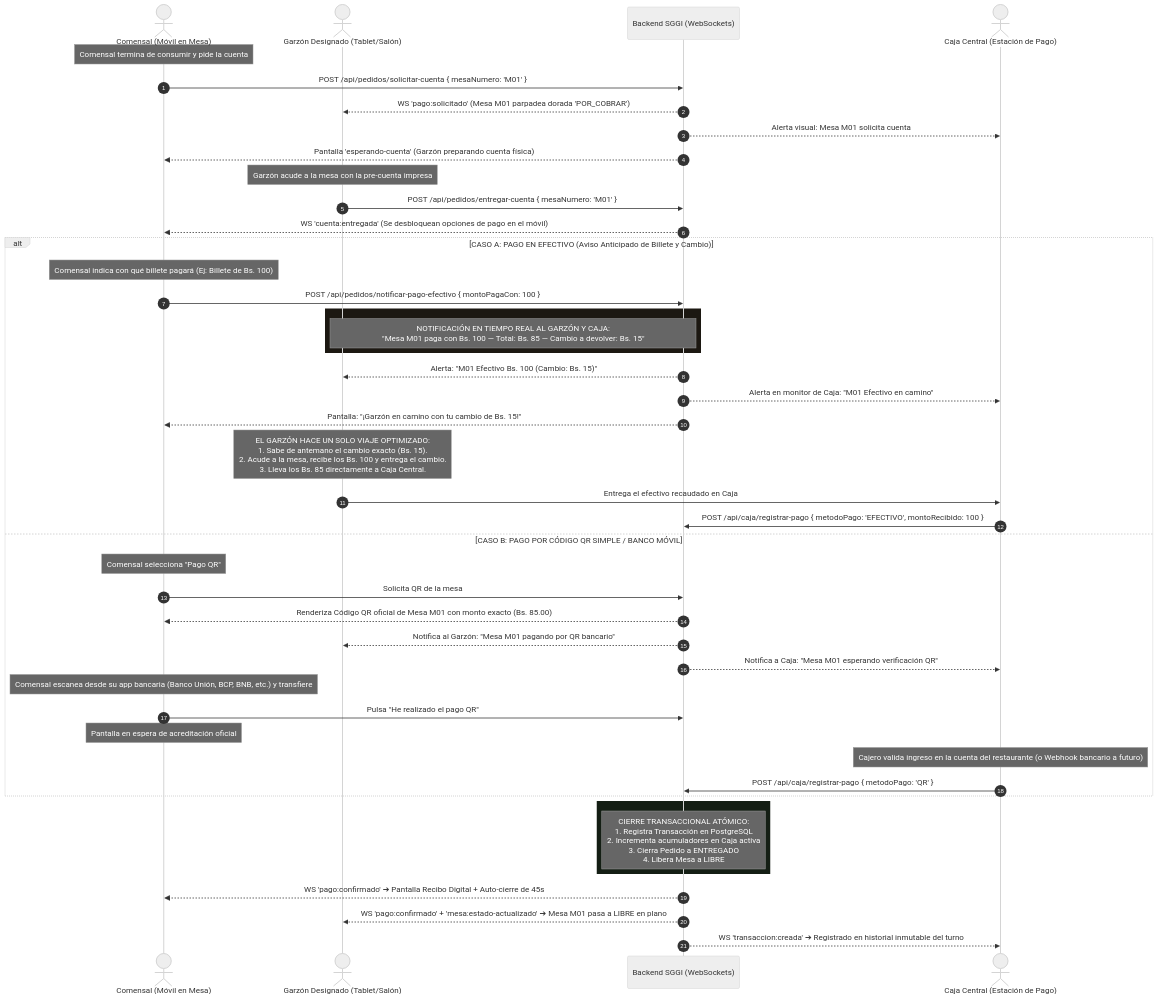
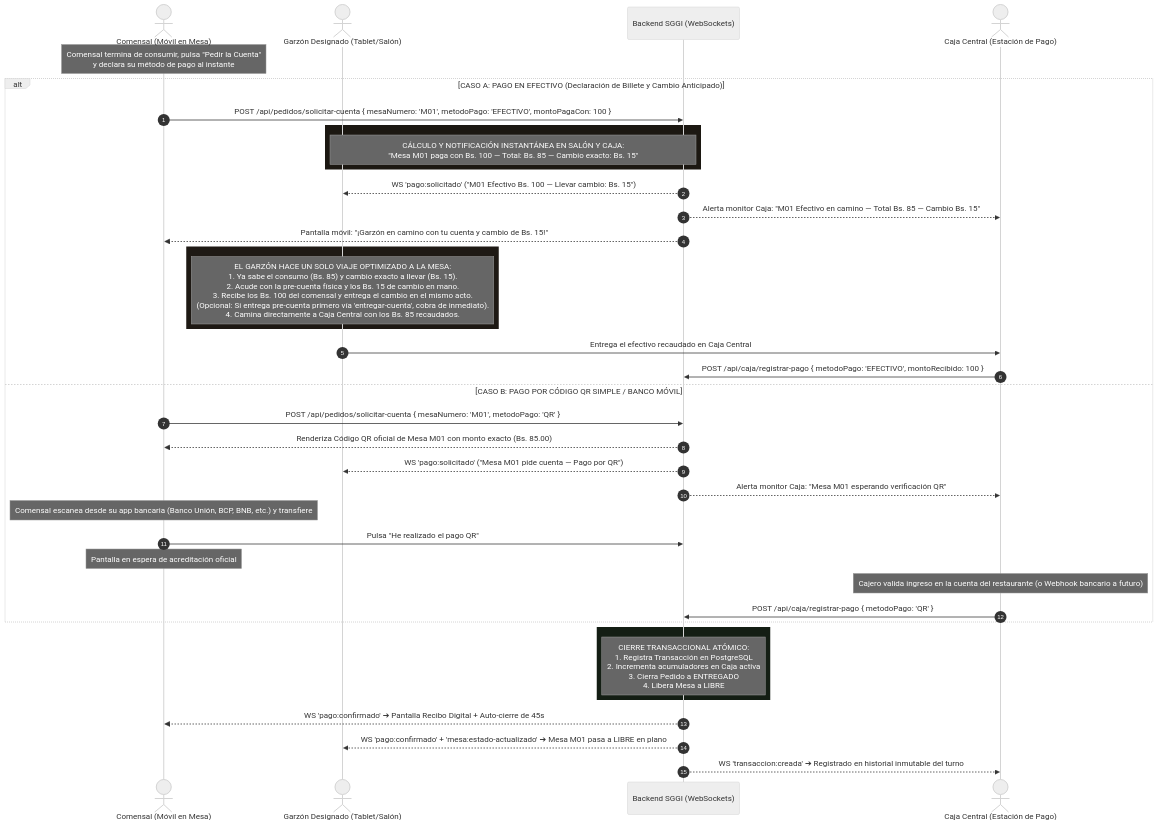
One commit to AronBks/Resturante changed the second of 3 diagrams in README.md. Above: the diagram before and after it, drawn with Mermaid (neutral theme). The commit also changed other lines of this file, not shown here.

Commit message:
docs: ajustar narrativa de viaje unico, variables Cloudinary y puerto client-app

````diff
--- a/README.md
+++ b/README.md
@@ -161,57 +166,49 @@
 ```mermaid
 sequenceDiagram
     autonumber
     actor C as Comensal (Móvil en Mesa)
     actor G as Garzón Designado (Tablet/Salón)
     participant SGGI as Backend SGGI (WebSockets)
     actor X as Caja Central (Estación de Pago)
 
-    Note over C: Comensal termina de consumir y pide la cuenta
-    C->>SGGI: POST /api/pedidos/solicitar-cuenta { mesaNumero: 'M01' }
-    SGGI-->>G: WS 'pago:solicitado' (Mesa M01 parpadea dorada 'POR_COBRAR')
-    SGGI-->>X: Alerta visual: Mesa M01 solicita cuenta
-    SGGI-->>C: Pantalla 'esperando-cuenta' (Garzón preparando cuenta física)
-
-    Note over G: Garzón acude a la mesa con la pre-cuenta impresa
-    G->>SGGI: POST /api/pedidos/entregar-cuenta { mesaNumero: 'M01' }
-    SGGI-->>C: WS 'cuenta:entregada' (Se desbloquean opciones de pago en el móvil)
-
-    alt CASO A: PAGO EN EFECTIVO (Aviso Anticipado de Billete y Cambio)
-        Note over C: Comensal indica con qué billete pagará (Ej: Billete de Bs. 100)
-        C->>SGGI: POST /api/pedidos/notificar-pago-efectivo { montoPagaCon: 100 }
+    Note over C: Comensal termina de consumir, pulsa "Pedir la Cuenta"<br/>y declara su método de pago al instante
+    alt CASO A: PAGO EN EFECTIVO (Declaración de Billete y Cambio Anticipado)
+        C->>SGGI: POST /api/pedidos/solicitar-cuenta { mesaNumero: 'M01', metodoPago: 'EFECTIVO', montoPagaCon: 100 }
         
         rect rgb(28, 24, 18)
-            Note over SGGI,G: NOTIFICACIÓN EN TIEMPO REAL AL GARZÓN Y CAJA:<br/>"Mesa M01 paga con Bs. 100 — Total: Bs. 85 — Cambio a devolver: Bs. 15"
+            Note over SGGI,G: CÁLCULO Y NOTIFICACIÓN INSTANTÁNEA EN SALÓN Y CAJA:<br/>"Mesa M01 paga con Bs. 100 — Total: Bs. 85 — Cambio exacto: Bs. 15"
         end
 
-        SGGI-->>G: Alerta: "M01 Efectivo Bs. 100 (Cambio: Bs. 15)"
-        SGGI-->>X: Alerta en monitor de Caja: "M01 Efectivo en camino"
-        SGGI-->>C: Pantalla: "¡Garzón en camino con tu cambio de Bs. 15!"
+        SGGI-->>G: WS 'pago:solicitado' ("M01 Efectivo Bs. 100 — Llevar cambio: Bs. 15")
+        SGGI-->>X: Alerta monitor Caja: "M01 Efectivo en camino — Total Bs. 85 — Cambio Bs. 15"
+        SGGI-->>C: Pantalla móvil: "¡Garzón en camino con tu cuenta y cambio de Bs. 15!"
 
-        Note over G: EL GARZÓN HACE UN SOLO VIAJE OPTIMIZADO:<br/>1. Sabe de antemano el cambio exacto (Bs. 15).<br/>2. Acude a la mesa, recibe los Bs. 100 y entrega el cambio.<br/>3. Lleva los Bs. 85 directamente a Caja Central.
-        G->>X: Entrega el efectivo recaudado en Caja
+        rect rgb(30, 25, 20)
+            Note over G: EL GARZÓN HACE UN SOLO VIAJE OPTIMIZADO A LA MESA:<br/>1. Ya sabe el consumo (Bs. 85) y cambio exacto a llevar (Bs. 15).<br/>2. Acude con la pre-cuenta física y los Bs. 15 de cambio en mano.<br/>3. Recibe los Bs. 100 del comensal y entrega el cambio en el mismo acto.<br/>(Opcional: Si entrega pre-cuenta primero vía 'entregar-cuenta', cobra de inmediato).<br/>4. Camina directamente a Caja Central con los Bs. 85 recaudados.
+        end
+
+        G->>X: Entrega el efectivo recaudado en Caja Central
         X->>SGGI: POST /api/caja/registrar-pago { metodoPago: 'EFECTIVO', montoRecibido: 100 }
 
     else CASO B: PAGO POR CÓDIGO QR SIMPLE / BANCO MÓVIL
-        Note over C: Comensal selecciona "Pago QR"
-        C->>SGGI: Solicita QR de la mesa
+        C->>SGGI: POST /api/pedidos/solicitar-cuenta { mesaNumero: 'M01', metodoPago: 'QR' }
         SGGI-->>C: Renderiza Código QR oficial de Mesa M01 con monto exacto (Bs. 85.00)
-        SGGI-->>G: Notifica al Garzón: "Mesa M01 pagando por QR bancario"
-        SGGI-->>X: Notifica a Caja: "Mesa M01 esperando verificación QR"
+        SGGI-->>G: WS 'pago:solicitado' ("Mesa M01 pide cuenta — Pago por QR")
+        SGGI-->>X: Alerta monitor Caja: "Mesa M01 esperando verificación QR"
 
         Note over C: Comensal escanea desde su app bancaria (Banco Unión, BCP, BNB, etc.) y transfiere
         C->>SGGI: Pulsa "He realizado el pago QR"
         Note over C: Pantalla en espera de acreditación oficial
 
         Note over X: Cajero valida ingreso en la cuenta del restaurante (o Webhook bancario a futuro)
         X->>SGGI: POST /api/caja/registrar-pago { metodoPago: 'QR' }
     end
 
     rect rgb(20, 30, 20)
         Note over SGGI: CIERRE TRANSACCIONAL ATÓMICO:<br/>1. Registra Transacción en PostgreSQL<br/>2. Incrementa acumuladores en Caja activa<br/>3. Cierra Pedido a ENTREGADO<br/>4. Libera Mesa a LIBRE
     end
 
     SGGI-->>C: WS 'pago:confirmado' ➔ Pantalla Recibo Digital + Auto-cierre de 45s
     SGGI-->>G: WS 'pago:confirmado' + 'mesa:estado-actualizado' ➔ Mesa M01 pasa a LIBRE en plano
     SGGI-->>X: WS 'transaccion:creada' ➔ Registrado en historial inmutable del turno
 ```
````
